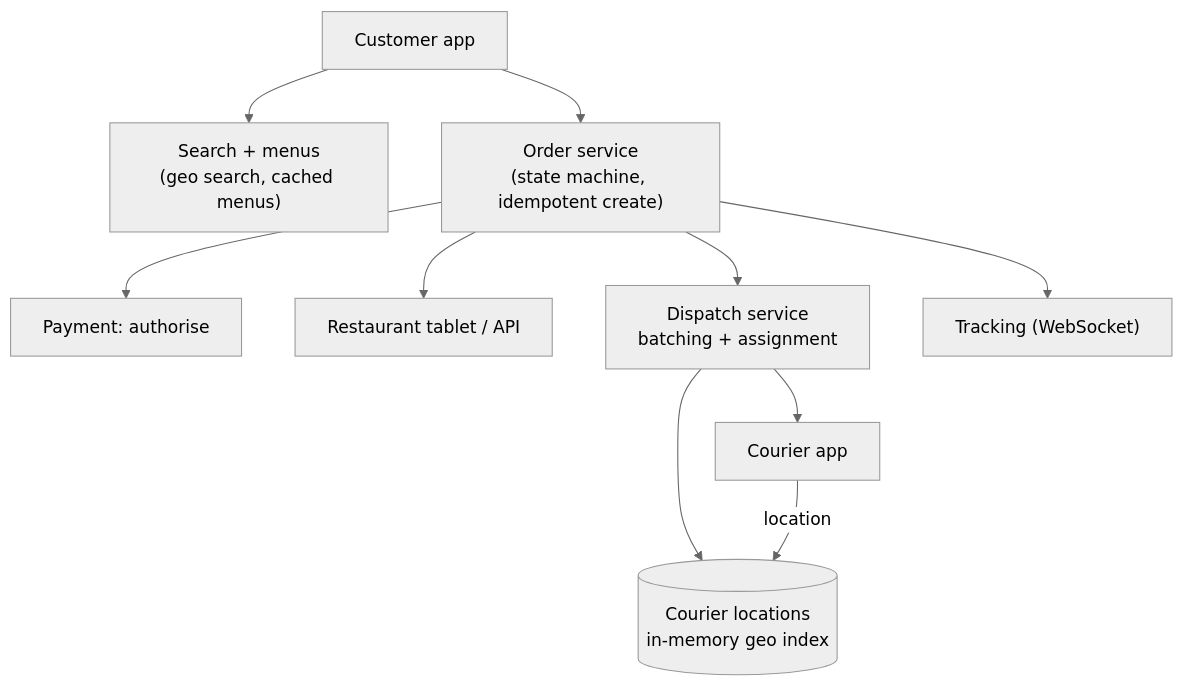
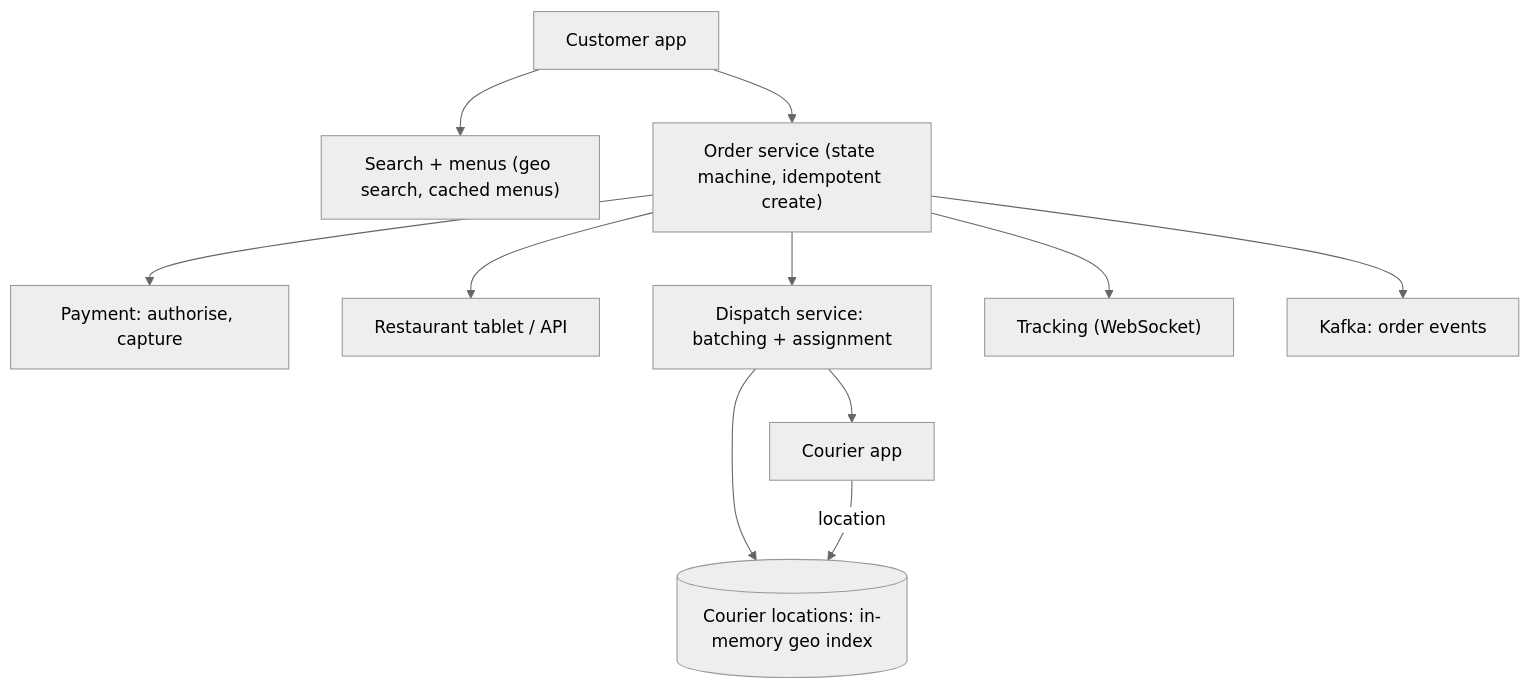
Before and after one commit to AkshayAshokCode/System-Design-Interview-Questions-and-Answers: the fifth of 20 diagrams in topics/18-designs-location-commerce.md, drawn with Mermaid (neutral theme). The commit also changed other lines of this file and 4 other files, not shown here.

````diff
--- a/topics/18-designs-location-commerce.md
+++ b/topics/18-designs-location-commerce.md
@@ -100,12 +446,13 @@
 ```mermaid
 flowchart TD
-    C["Customer app"] --> SR["Search + menus<br/>(geo search, cached menus)"]
-    C --> OS["Order service<br/>(state machine, idempotent create)"]
-    OS --> PAY["Payment: authorise"]
+    C["Customer app"] --> SR["Search + menus (geo search, cached menus)"]
+    C --> OS["Order service (state machine, idempotent create)"]
+    OS --> PAY["Payment: authorise, capture"]
     OS --> REST["Restaurant tablet / API"]
-    OS --> DIS["Dispatch service<br/>batching + assignment"]
-    DIS --> CL[("Courier locations<br/>in-memory geo index")]
+    OS --> DIS["Dispatch service: batching + assignment"]
+    DIS --> CL[("Courier locations: in-memory geo index")]
     DIS --> CA["Courier app"]
     CA -->|"location"| CL
     OS --> TR["Tracking (WebSocket)"]
+    OS --> K["Kafka: order events"]
 ```
````
